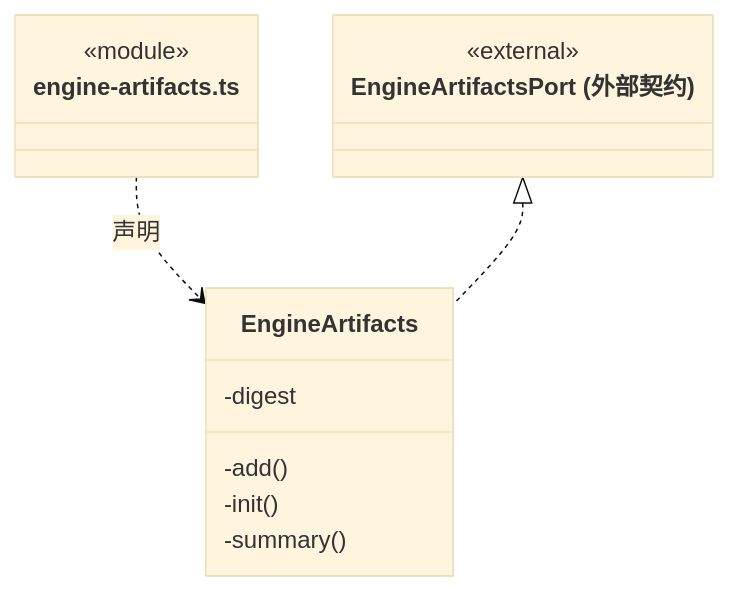
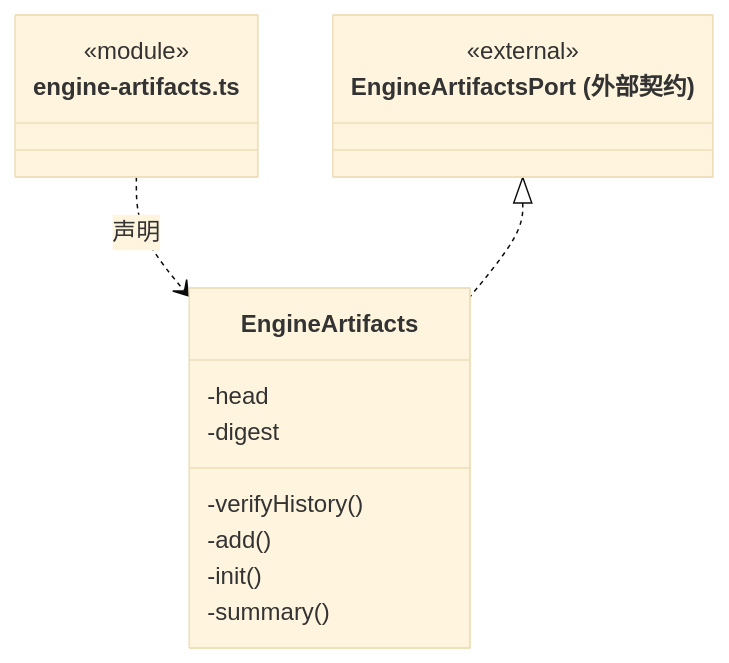
One commit to nan023062/cbim changed the fifth of 27 diagrams in src/logic/updates/service/ARCHITECTURE.md. Above: the diagram before and after it, drawn with Mermaid (base theme). The commit also changed other lines of this file and 12 other files, not shown here.

````diff
--- a/src/logic/updates/service/ARCHITECTURE.md
+++ b/src/logic/updates/service/ARCHITECTURE.md
@@ -137,17 +137,19 @@
 ```mermaid
 classDiagram
 class N_src_logic_updates_service_engine_artifacts_ts["engine-artifacts.ts"] {
   <<module>>
 }
 class N_src_logic_updates_service_engine_artifacts_ts_EngineArtifacts["EngineArtifacts"] {
+  -head
   -digest
+  -verifyHistory()
   -add()
   -init()
   -summary()
 }
 N_src_logic_updates_service_engine_artifacts_ts ..> N_src_logic_updates_service_engine_artifacts_ts_EngineArtifacts : 声明
 class N_src_logic_updates_service_engine_artifacts_ts_external_EngineArtifactsPort["EngineArtifactsPort (外部契约)"] {
   <<external>>
 }
 N_src_logic_updates_service_engine_artifacts_ts_external_EngineArtifactsPort <|.. N_src_logic_updates_service_engine_artifacts_ts_EngineArtifacts
 ```
````
